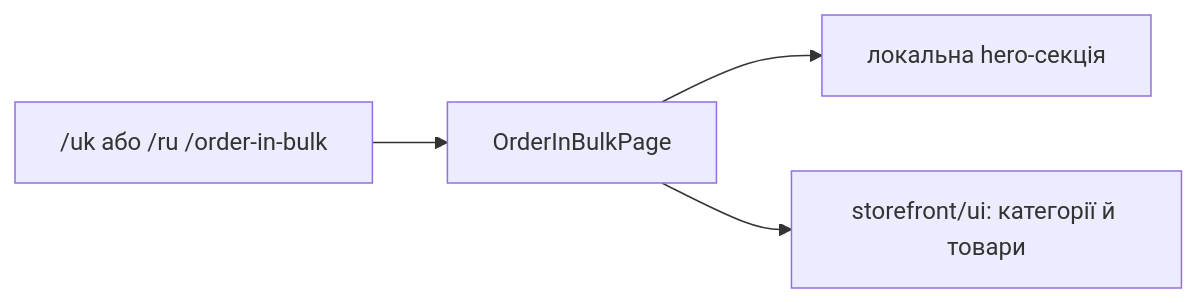
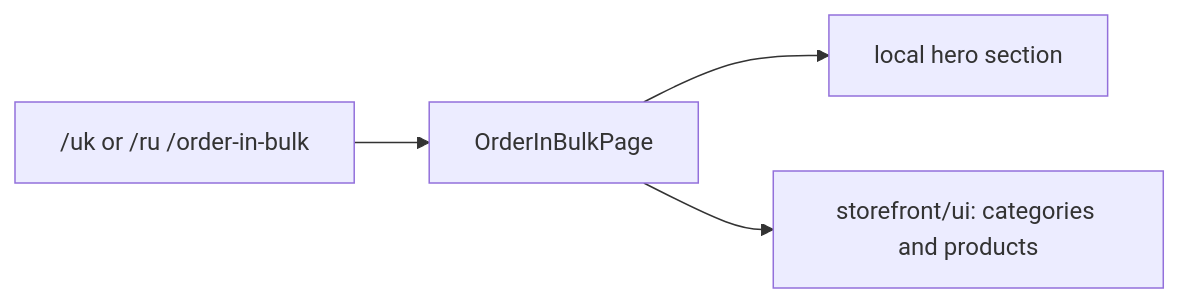
The diagram in docs/features/storefront/order-in-bulk.md (Weretik/brevi-web), drawn with Mermaid before and after one commit. The commit also changed other lines of this file and 52 other files, not shown here.

Commit message:
docs(frontend): reconcile architecture and feature guidance

````diff
--- a/docs/features/storefront/order-in-bulk.md
+++ b/docs/features/storefront/order-in-bulk.md
@@ -9,6 +13,6 @@
 ```mermaid
 flowchart LR
-  Route["/uk або /ru /order-in-bulk"] --> Page["OrderInBulkPage"]
-  Page --> Hero["локальна hero-секція"]
-  Page --> UI["storefront/ui: категорії й товари"]
+  Route["/uk or /ru /order-in-bulk"] --> Page["OrderInBulkPage"]
+  Page --> Hero["local hero section"]
+  Page --> UI["storefront/ui: categories and products"]
 ```
````
